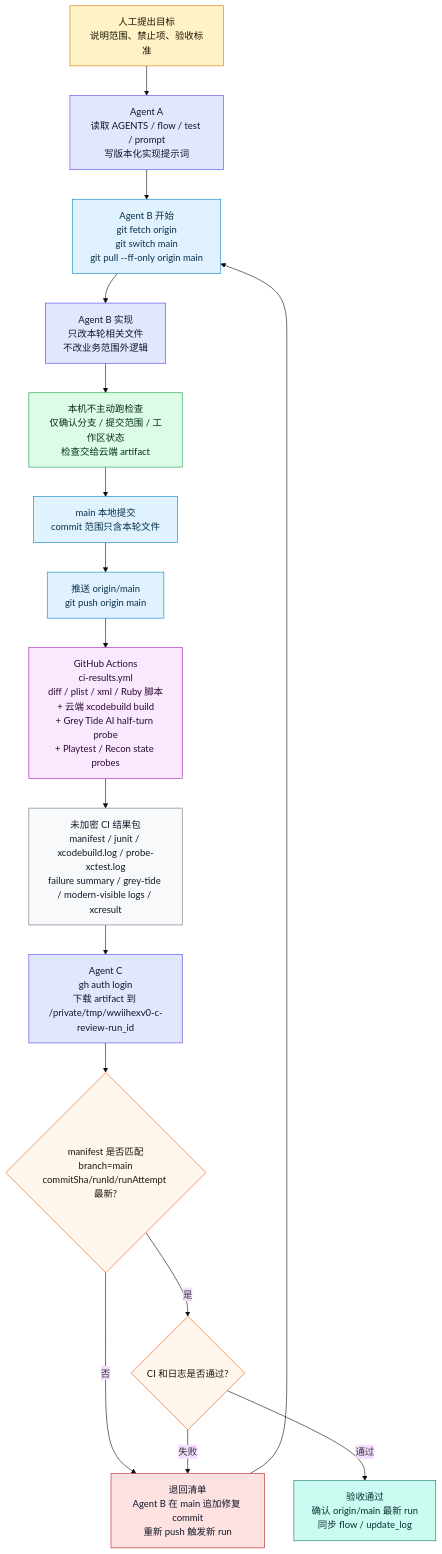
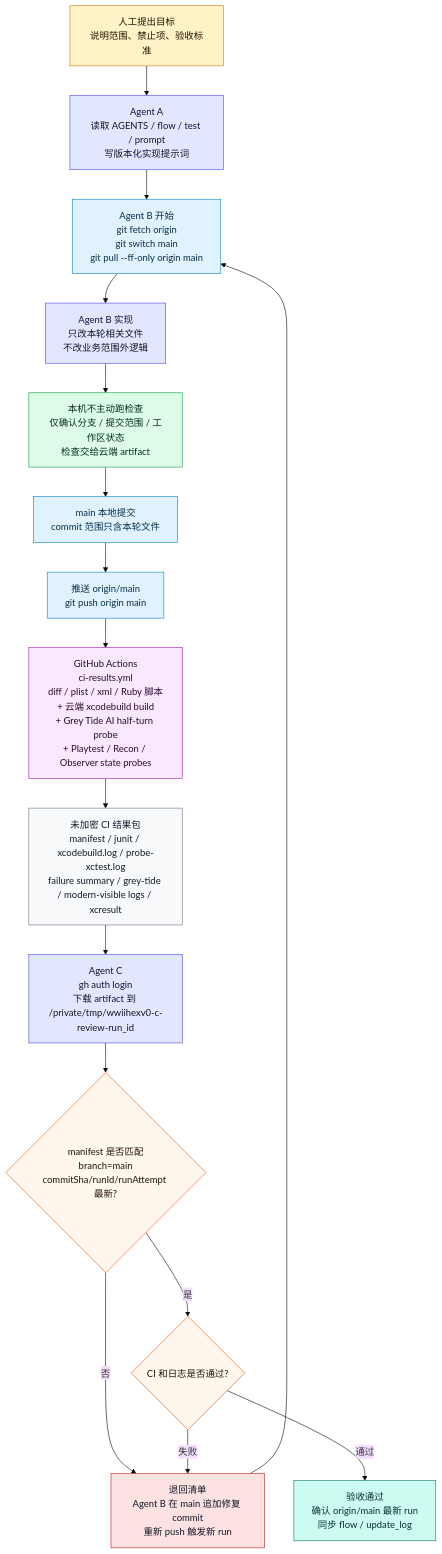
The first of 20 diagrams in md/flow/flowchart.md (Altman-sam114/127), drawn with Mermaid (base theme) before and after one commit. The commit also changed other lines of this file and 7 other files, not shown here.

Commit message:
test: add observer container probe

````diff
--- a/md/flow/flowchart.md
+++ b/md/flow/flowchart.md
@@ -31,33 +31,33 @@
 ```mermaid
 flowchart TD
     HUMAN["人工提出目标<br/>说明范围、禁止项、验收标准"]:::input
     A["Agent A<br/>读取 AGENTS / flow / test / prompt<br/>写版本化实现提示词"]:::agent
     B0["Agent B 开始<br/>git fetch origin<br/>git switch main<br/>git pull --ff-only origin main"]:::git
     B1["Agent B 实现<br/>只改本轮相关文件<br/>不改业务范围外逻辑"]:::agent
     LOCAL["本机不主动跑检查<br/>仅确认分支 / 提交范围 / 工作区状态<br/>检查交给云端 artifact"]:::check
     COMMIT["main 本地提交<br/>commit 范围只含本轮文件"]:::git
     PUSH["推送 origin/main<br/>git push origin main"]:::git
-    GHA["GitHub Actions<br/>ci-results.yml<br/>diff / plist / xml / Ruby 脚本<br/>+ 云端 xcodebuild build<br/>+ Grey Tide AI half-turn probe<br/>+ Playtest / Recon state probes"]:::cloud
+    GHA["GitHub Actions<br/>ci-results.yml<br/>diff / plist / xml / Ruby 脚本<br/>+ 云端 xcodebuild build<br/>+ Grey Tide AI half-turn probe<br/>+ Playtest / Recon / Observer state probes"]:::cloud
     ART["未加密 CI 结果包<br/>manifest / junit / xcodebuild.log / probe-xctest.log<br/>failure summary / grey-tide / modern-visible logs / xcresult"]:::artifact
     C0["Agent C<br/>gh auth login<br/>下载 artifact 到 /private/tmp/wwiihexv0-c-review-run_id"]:::agent
     C1{"manifest 是否匹配<br/>branch=main<br/>commitSha/runId/runAttempt 最新?"}:::decision
     C2{"CI 和日志是否通过?"}:::decision
     REJECT["退回清单<br/>Agent B 在 main 追加修复 commit<br/>重新 push 触发新 run"]:::stop
     ACCEPT["验收通过<br/>确认 origin/main 最新 run<br/>同步 flow / update_log"]:::ok
 
     HUMAN --> A --> B0 --> B1 --> LOCAL --> COMMIT --> PUSH --> GHA --> ART --> C0 --> C1
     C1 -->|否| REJECT --> B0
     C1 -->|是| C2
     C2 -->|失败| REJECT
     C2 -->|通过| ACCEPT
 
     classDef input fill:#fef3c7,stroke:#d97706,color:#1f1600
     classDef agent fill:#e0e7ff,stroke:#4f46e5,color:#111827
     classDef git fill:#e0f2fe,stroke:#0284c7,color:#082f49
     classDef check fill:#dcfce7,stroke:#16a34a,color:#052e16
     classDef cloud fill:#fae8ff,stroke:#a21caf,color:#2a0a2f
     classDef artifact fill:#f8f9fb,stroke:#6b7280,color:#111827
     classDef decision fill:#fff7ed,stroke:#ea580c,color:#1f1300
     classDef stop fill:#fee2e2,stroke:#b91c1c,color:#111827
     classDef ok fill:#ccfbf1,stroke:#0f766e,color:#042f2e
 ```
````
